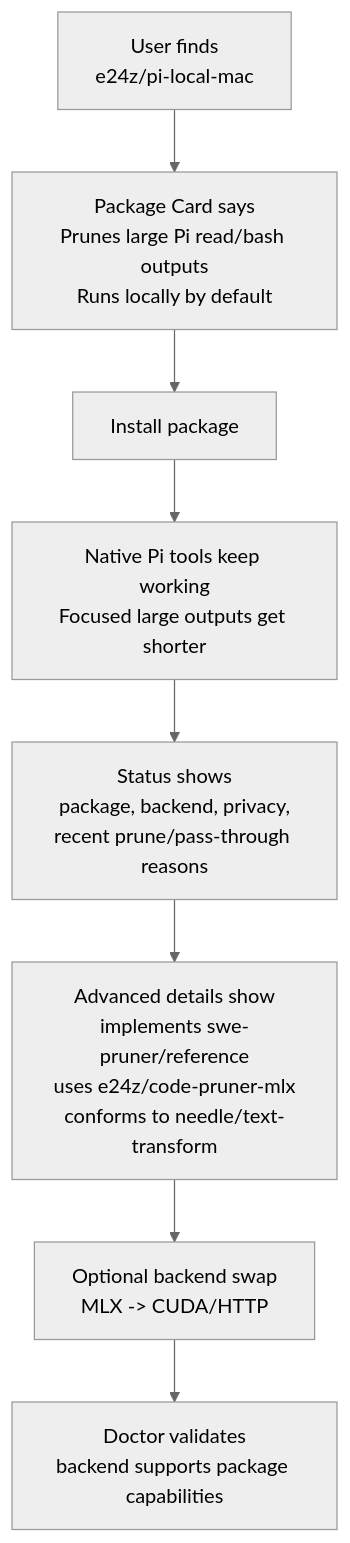
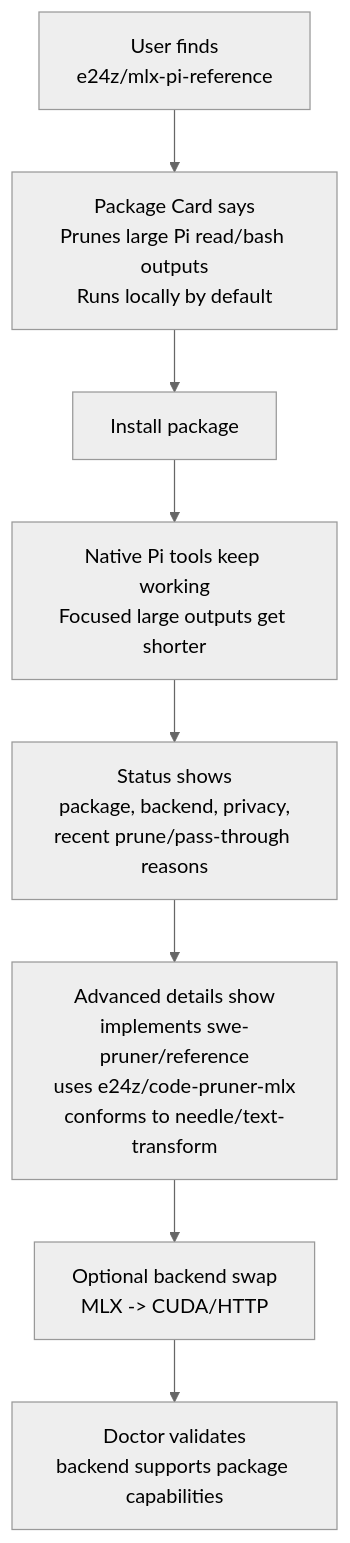
One commit to e24z/needle changed the second of 5 diagrams in docs/planning/NEEDLE-1.0-PRD.md. Above: the diagram before and after it, drawn with Mermaid (neutral theme). The commit also changed other lines of this file and 35 other files, not shown here.

````diff
--- a/docs/planning/NEEDLE-1.0-PRD.md
+++ b/docs/planning/NEEDLE-1.0-PRD.md
@@ -207,15 +207,15 @@
 ```mermaid
 flowchart TD
-    Discover["User finds<br/>e24z/pi-local-mac"]
+    Discover["User finds<br/>e24z/mlx-pi-reference"]
     Promise["Package Card says<br/>Prunes large Pi read/bash outputs<br/>Runs locally by default"]
     Install["Install package"]
     FirstUse["Native Pi tools keep working<br/>Focused large outputs get shorter"]
     Status["Status shows<br/>package, backend, privacy,<br/>recent prune/pass-through reasons"]
     Inspect["Advanced details show<br/>implements swe-pruner/reference<br/>uses e24z/code-pruner-mlx<br/>conforms to needle/text-transform"]
     Swap["Optional backend swap<br/>MLX -> CUDA/HTTP"]
     Doctor["Doctor validates<br/>backend supports package capabilities"]
 
     Discover --> Promise --> Install --> FirstUse --> Status
     Status --> Inspect
     Inspect --> Swap --> Doctor
 ```
````
